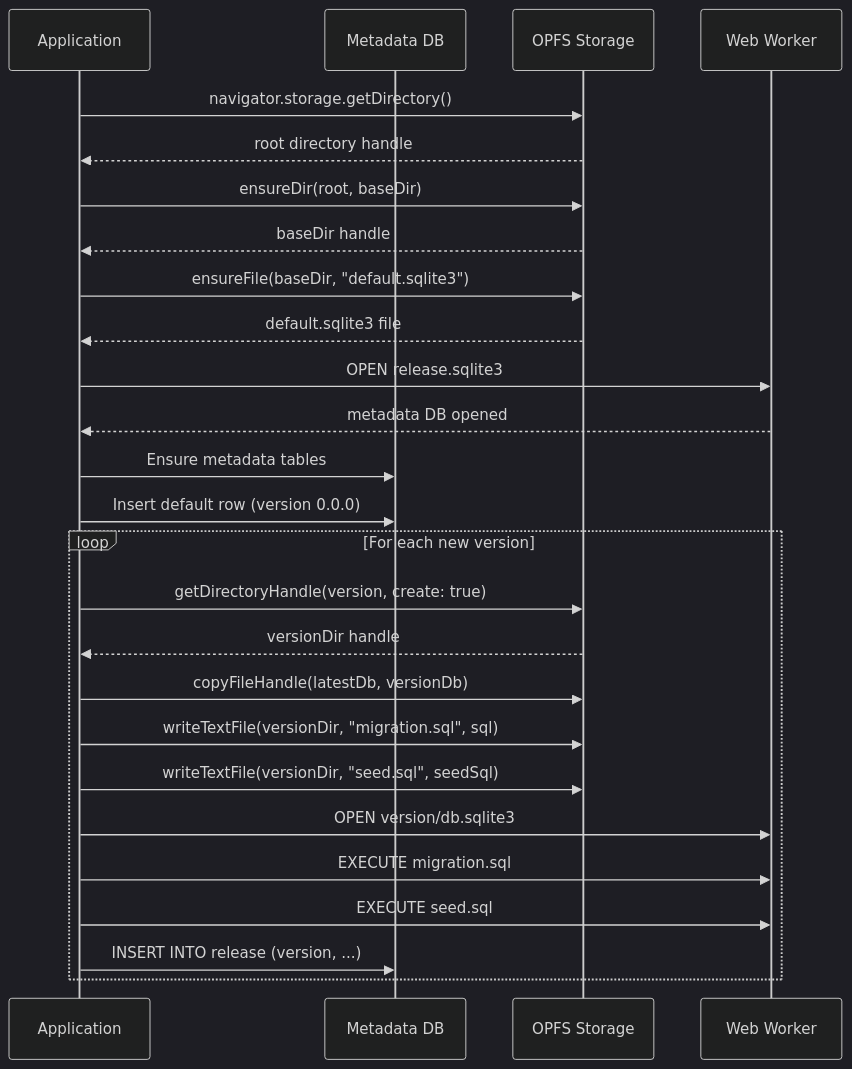
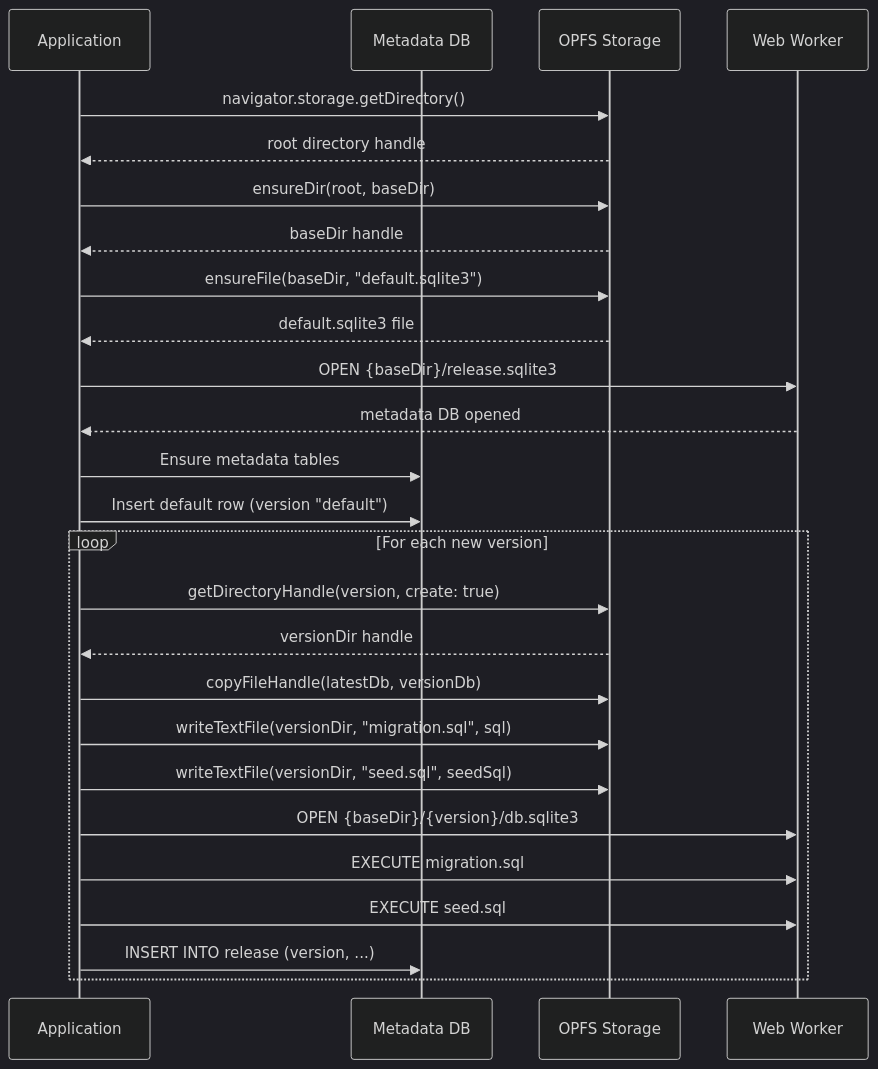
One commit to wuchuheng/web-sqlite-v2 changed the fifth of 7 diagrams in docs/05-design/02-schema/01-database.md. Above: the diagram before and after it, drawn with Mermaid (dark theme). The commit also changed other lines of this file and 21 other files, not shown here.

````diff
--- a/docs/05-design/02-schema/01-database.md
+++ b/docs/05-design/02-schema/01-database.md
@@ -319,37 +318,37 @@
 ```mermaid
 sequenceDiagram
     participant App as Application
     participant Meta as Metadata DB
     participant OPFS as OPFS Storage
     participant Worker as Web Worker
 
     App->>OPFS: navigator.storage.getDirectory()
     OPFS-->>App: root directory handle
 
     App->>OPFS: ensureDir(root, baseDir)
     OPFS-->>App: baseDir handle
 
     App->>OPFS: ensureFile(baseDir, "default.sqlite3")
     OPFS-->>App: default.sqlite3 file
 
-    App->>Worker: OPEN release.sqlite3
+    App->>Worker: OPEN {baseDir}/release.sqlite3
     Worker-->>App: metadata DB opened
 
     App->>Meta: Ensure metadata tables
-    App->>Meta: Insert default row (version 0.0.0)
+    App->>Meta: Insert default row (version "default")
 
     loop For each new version
         App->>OPFS: getDirectoryHandle(version, create: true)
         OPFS-->>App: versionDir handle
 
         App->>OPFS: copyFileHandle(latestDb, versionDb)
         App->>OPFS: writeTextFile(versionDir, "migration.sql", sql)
         App->>OPFS: writeTextFile(versionDir, "seed.sql", seedSql)
 
-        App->>Worker: OPEN version/db.sqlite3
+        App->>Worker: OPEN {baseDir}/{version}/db.sqlite3
         App->>Worker: EXECUTE migration.sql
         App->>Worker: EXECUTE seed.sql
 
         App->>Meta: INSERT INTO release (version, ...)
     end
 ```
````
